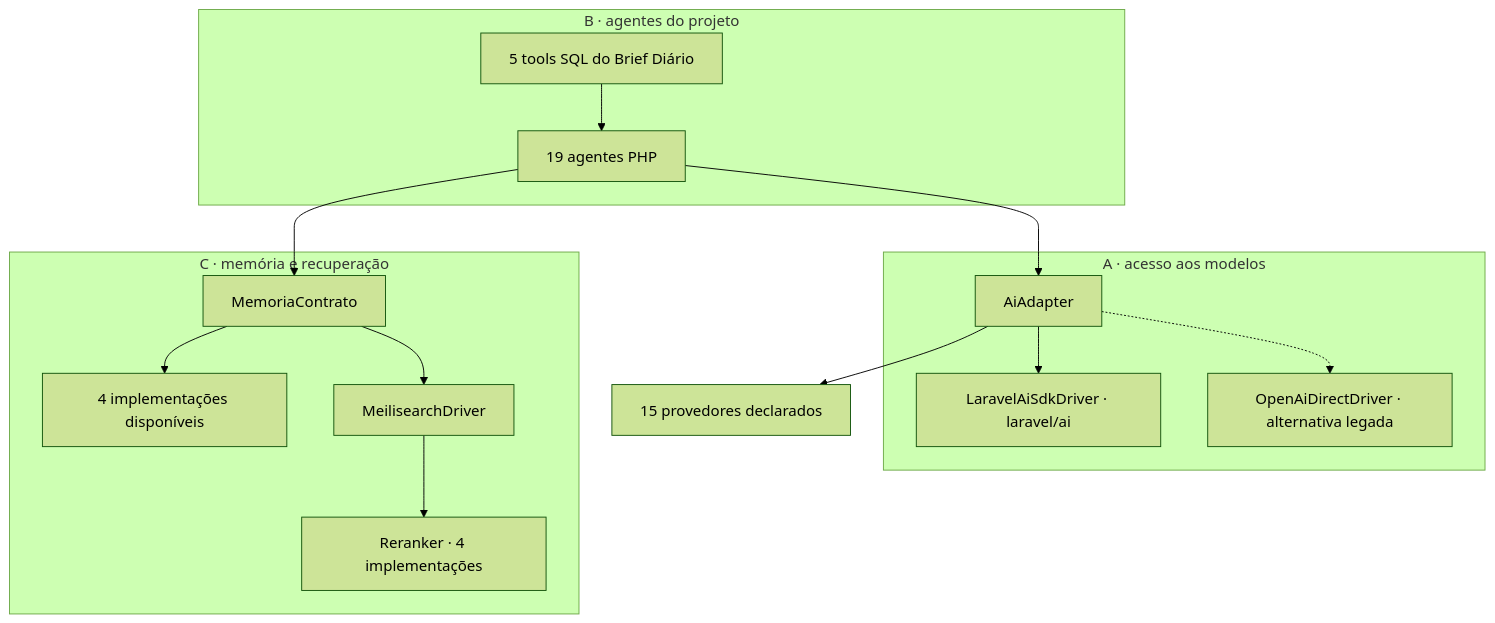
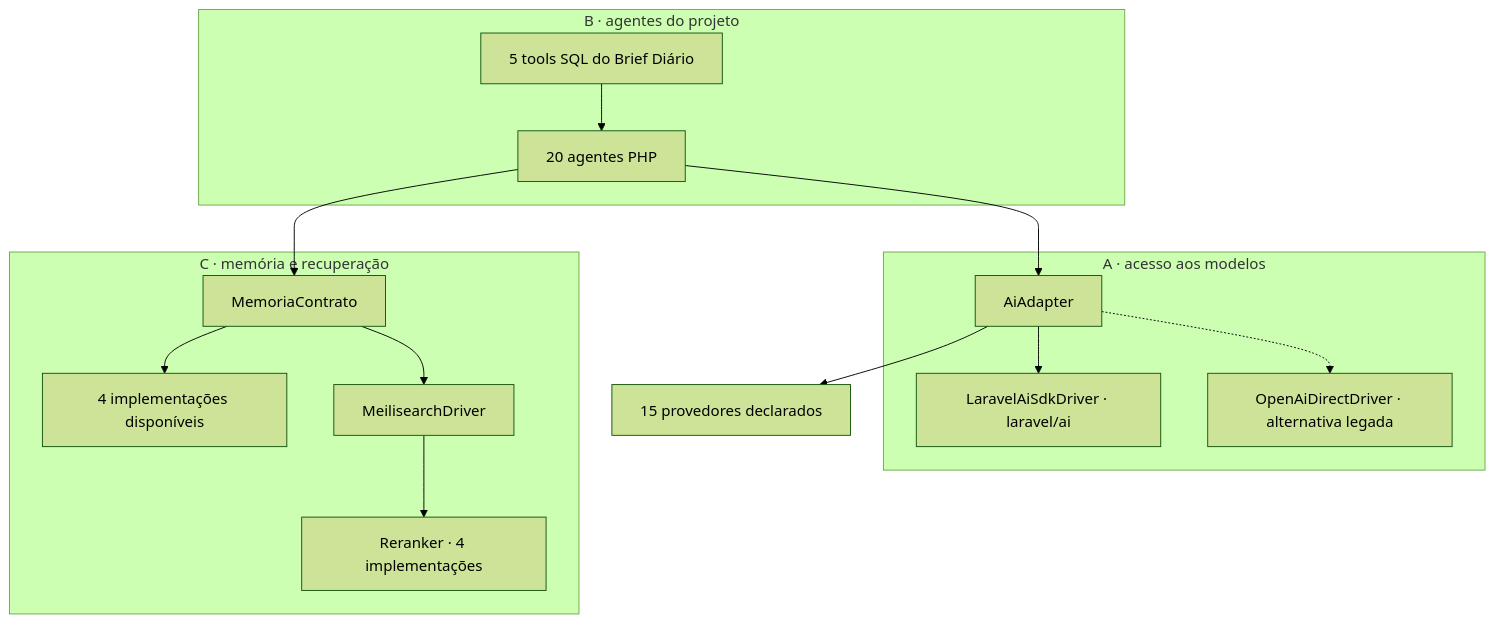
The second of 5 diagrams in memory/requisitos/Jana/ARCHITECTURE.md (wagnerra23/oimpresso.com), drawn with Mermaid (forest theme) before and after one commit. The commit also changed other lines of this file and 3 other files, not shown here.

````diff
--- a/memory/requisitos/Jana/ARCHITECTURE.md
+++ b/memory/requisitos/Jana/ARCHITECTURE.md
@@ -55,25 +55,25 @@
 ```mermaid
 flowchart TB
   subgraph B["B · agentes do projeto"]
-    AG["19 agentes PHP"]
+    AG["20 agentes PHP"]
     DATA["5 tools SQL do Brief Diário"]
     DATA --> AG
   end
   subgraph A["A · acesso aos modelos"]
     CONTRACT["AiAdapter"]
     SDK["LaravelAiSdkDriver · laravel/ai"]
     LEGACY["OpenAiDirectDriver · alternativa legada"]
     CONTRACT --> SDK
     CONTRACT -.-> LEGACY
   end
   subgraph C["C · memória e recuperação"]
     MEMORY["MemoriaContrato"]
     MEMIMPL["4 implementações disponíveis"]
     SEARCH["MeilisearchDriver"]
     RERANK["Reranker · 4 implementações"]
     MEMORY --> MEMIMPL
     MEMORY --> SEARCH --> RERANK
   end
   AG --> CONTRACT --> PROVIDERS["15 provedores declarados"]
   AG --> MEMORY
 ```
````
